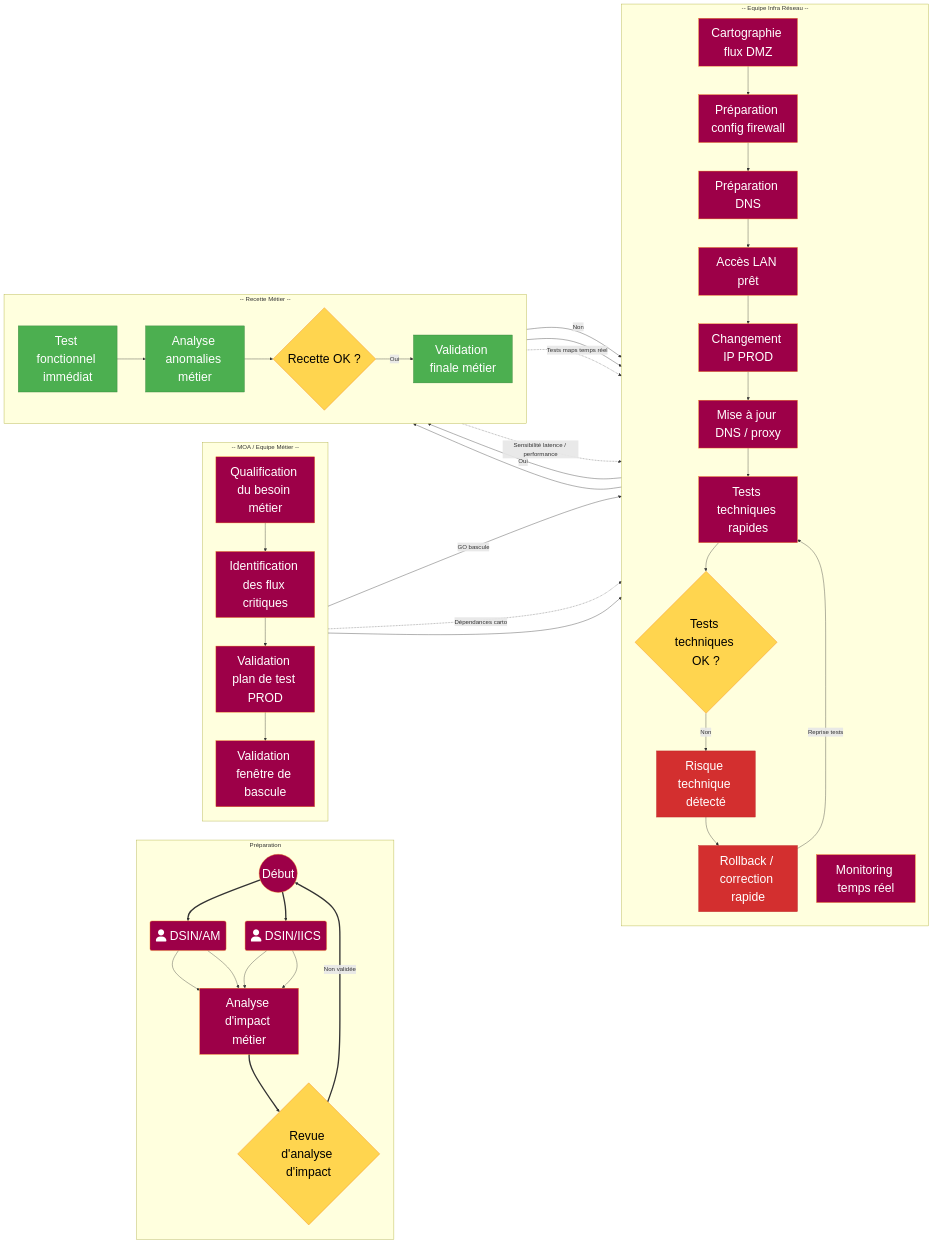
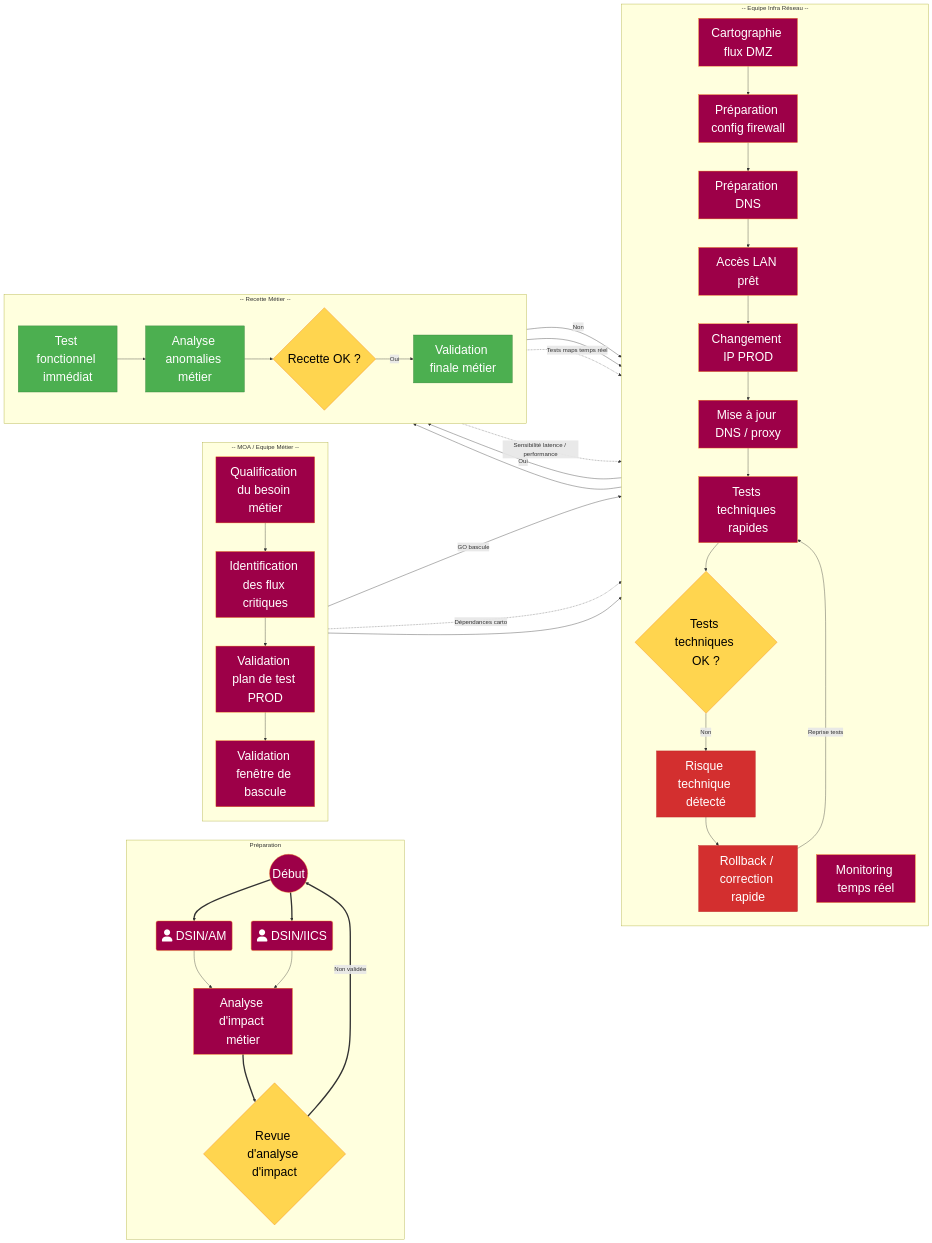
The diagram in all/CHANGE IP - Sans Pre-Prod.md (fdadda/iodraw-files), drawn with Mermaid before and after one commit.

Commit message:
2026-06-01 15:37:11 update

```diff
--- a/all/CHANGE IP - Sans Pre-Prod.md
+++ b/all/CHANGE IP - Sans Pre-Prod.md
@@ -17,8 +17,7 @@
 S0["Analyse d'impact métier"]:::metier
 AM(fa:fa-user DSIN/AM):::metier --> S0
 IICS(fa:fa-user DSIN/IICS):::infra --> S0
-AM-->S0
-IICS-->S0
+
 S0==>D0{"Revue d'analyse d'impact"}:::decision
 D0 ==> |Non validée| START
 end 
```
